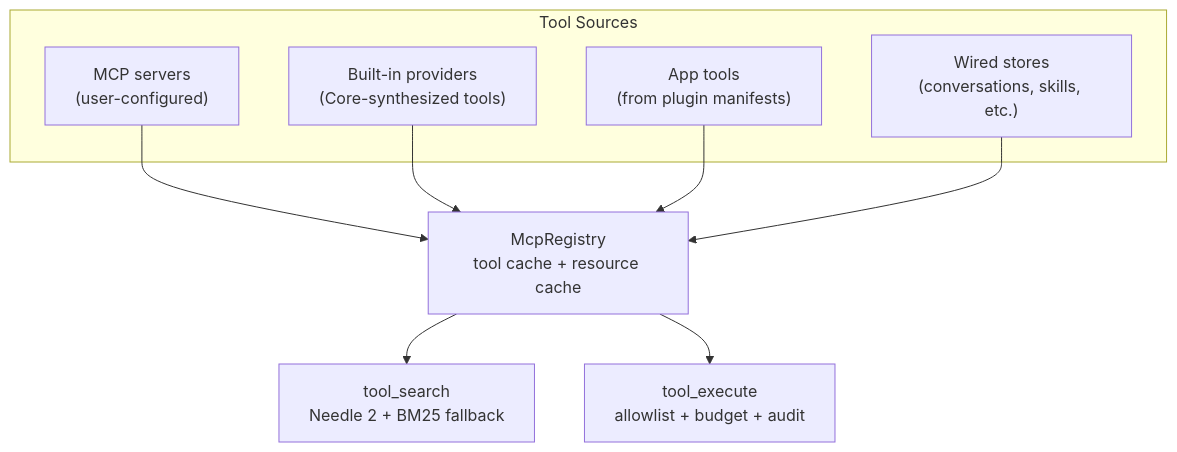
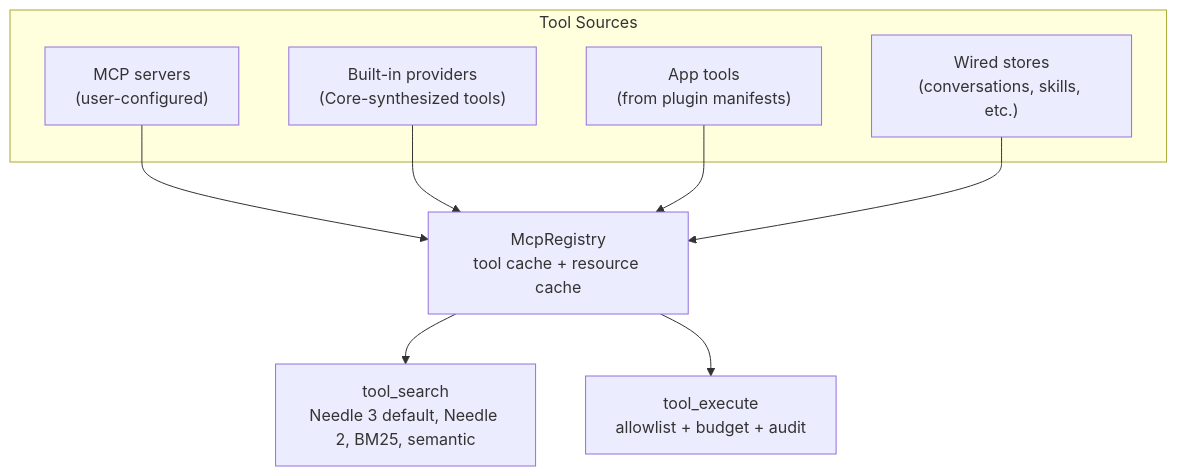
Before and after one commit to amajorai/ryu-docs: the second of 3 diagrams in content/docs/extend/integrate/mcp-integration.mdx, drawn with Mermaid. The commit also changed other lines of this file and 2538 other files, not shown here.

````diff
--- a/content/docs/extend/integrate/mcp-integration.mdx
+++ b/content/docs/extend/integrate/mcp-integration.mdx
@@ -85,20 +97,20 @@
 ```mermaid
 flowchart TD
   subgraph Sources["Tool Sources"]
     MCP["MCP servers<br/>(user-configured)"]
     BUILTIN["Built-in providers<br/>(Core-synthesized tools)"]
     APP["App tools<br/>(from plugin manifests)"]
     WIRED["Wired stores<br/>(conversations, skills, etc.)"]
   end
 
   REG["McpRegistry<br/>tool cache + resource cache"]
-  SEARCH["tool_search<br/>Needle 2 + BM25 fallback"]
+  SEARCH["tool_search<br/>Needle 3 default, Needle 2, BM25, semantic"]
   EXEC["tool_execute<br/>allowlist + budget + audit"]
 
   MCP --> REG
   BUILTIN --> REG
   APP --> REG
   WIRED --> REG
   REG --> SEARCH
   REG --> EXEC
 ```
````
